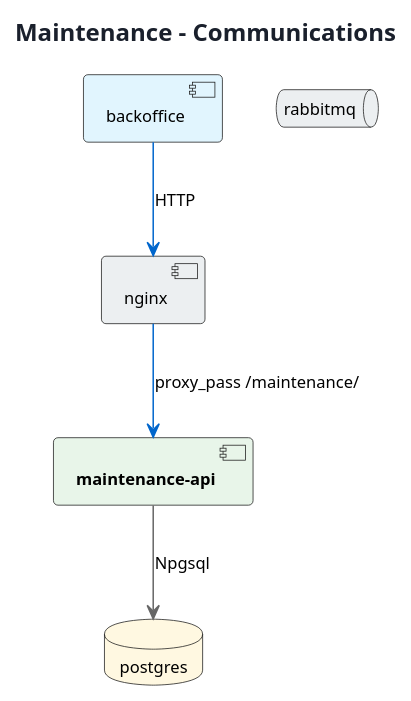
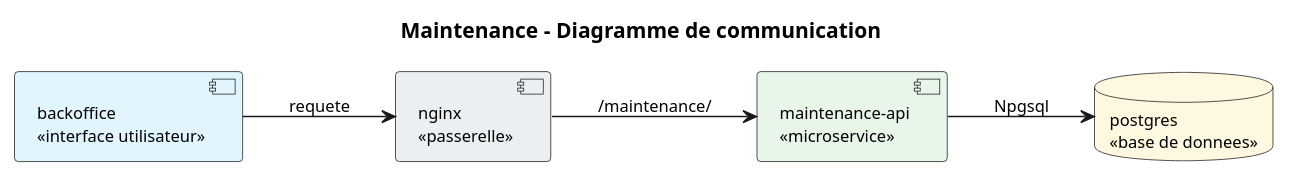
The diagram in docs/diagrams/microservices/Maintenance/Maintenance-communication.puml (saber-barhoumi/Xpark-gmao), drawn with PlantUML before and after one commit. The commit also changed 23 other files, not shown here.

First line of the commit message:
docs(uml): mise en page des cas d'utilisation et des communications

```diff
--- a/docs/diagrams/microservices/Maintenance/Maintenance-communication.puml
+++ b/docs/diagrams/microservices/Maintenance/Maintenance-communication.puml
@@ -1,30 +1,33 @@
 @startuml
 skinparam style strictuml
-skinparam backgroundColor #FFFFFF
+skinparam packageStyle rectangle
+skinparam classAttributeIconSize 0
 skinparam shadowing false
 skinparam defaultFontName Verdana
 skinparam defaultFontSize 11
-skinparam roundCorner 6
-skinparam ArrowColor #4A5568
-skinparam TitleFontSize 16
-skinparam TitleFontColor #1A202C
-skinparam NoteBackgroundColor #FFF8DC
-skinparam NoteBorderColor #D6BF7A
+skinparam backgroundColor #FFFFFF
+hide empty members
 skinparam componentStyle rectangle
+left to right direction
 
-title Maintenance - Communications
 
-skinparam componentStyle rectangle
+title Maintenance - Diagramme de communication
 
-component "**maintenance-api**" as ME #E8F5E9
+' 1. Clients
+component "backoffice\n<<interface utilisateur>>" as BO #E1F5FE
 
-component "backoffice" as BO #E1F5FE
-component "nginx" as GWc #ECEFF1
-database "postgres" as PG #FFF8E1
-queue "rabbitmq" as MQ #ECEFF1
+' 2. Passerelle
+component "nginx\n<<passerelle>>" as GW #ECEFF1
 
-BO -[#0066CC]-> GWc : HTTP
-GWc -[#0066CC]-> ME : proxy_pass /maintenance/
-ME -[#666666]-> PG : Npgsql
+' 3. Service
+component "maintenance-api\n<<microservice>>" as API #E8F5E9
+
+' 4. Persistance et messagerie
+database "postgres\n<<base de donnees>>" as BD #FFF8E1
+
+' Flux synchrone (HTTP), de gauche a droite
+BO --> GW : requete
+GW --> API : /maintenance/
+API --> BD : Npgsql
 
 @enduml
```
